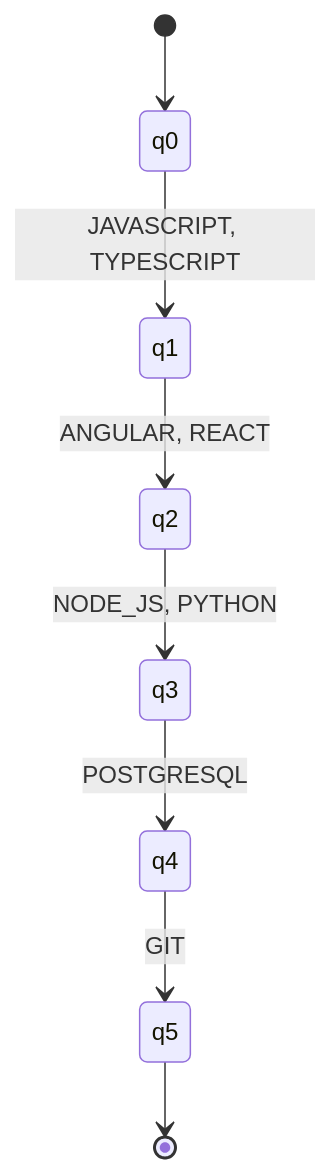
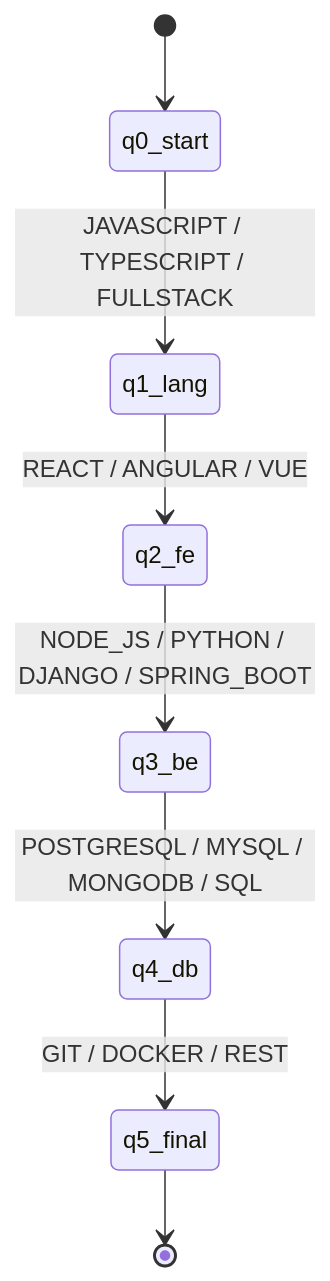
The first of 4 diagrams in docs/formal_automata.md (nicolasbuelvas/IntegrativeTask_AlbertoIA), drawn with Mermaid before and after one commit. The commit also changed other lines of this file and 3 other files, not shown here.

````diff
--- a/docs/formal_automata.md
+++ b/docs/formal_automata.md
@@ -52,10 +59,10 @@
 ```mermaid
 stateDiagram-v2
-    [*] --> q0
-    q0 --> q1: JAVASCRIPT, TYPESCRIPT
-    q1 --> q2: ANGULAR, REACT
-    q2 --> q3: NODE_JS, PYTHON
-    q3 --> q4: POSTGRESQL
-    q4 --> q5: GIT
-    q5 --> [*]
+    [*] --> q0_start
+    q0_start --> q1_lang : JAVASCRIPT / TYPESCRIPT / FULLSTACK
+    q1_lang --> q2_fe : REACT / ANGULAR / VUE
+    q2_fe --> q3_be : NODE_JS / PYTHON / DJANGO / SPRING_BOOT
+    q3_be --> q4_db : POSTGRESQL / MYSQL / MONGODB / SQL
+    q4_db --> q5_final : GIT / DOCKER / REST
+    q5_final --> [*]
 ```
````
